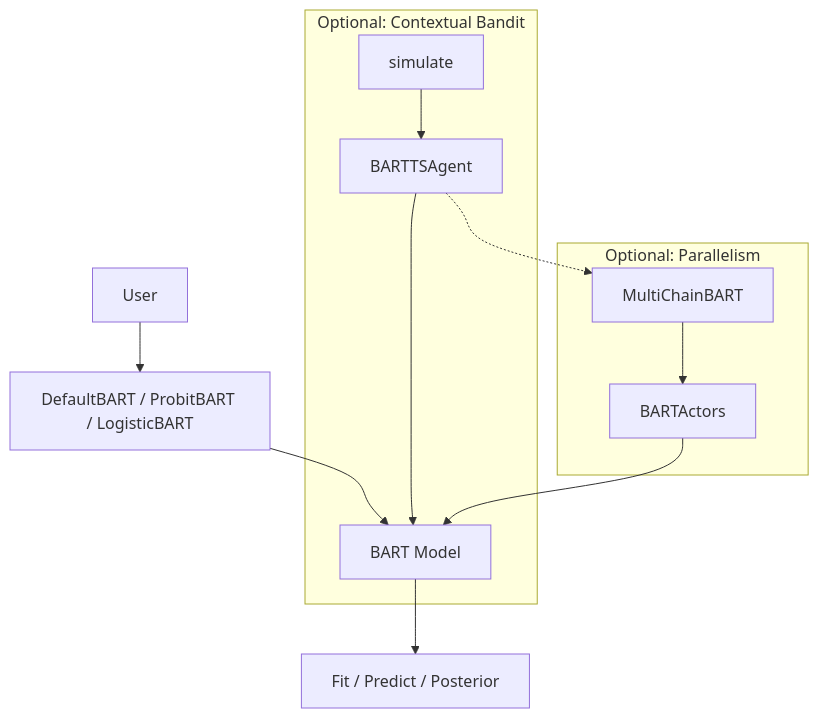
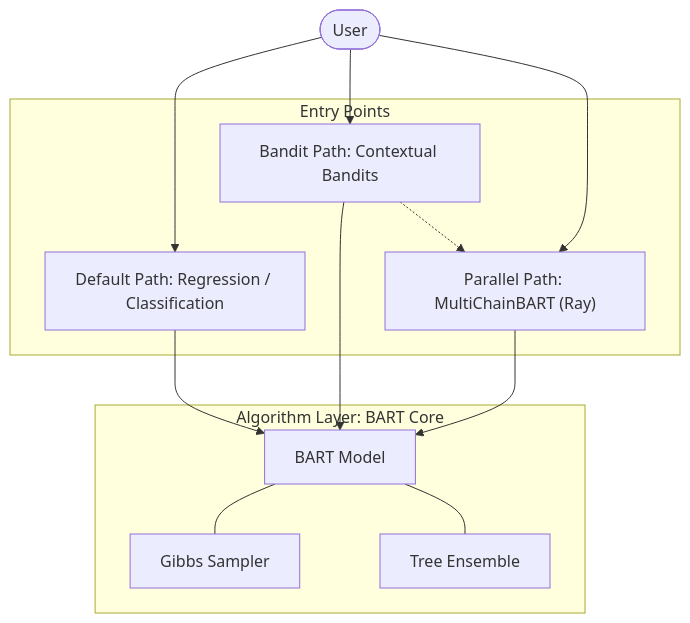
Before and after one commit to yanshuotan/bart-playground: the first of 5 diagrams in README.md, drawn with Mermaid. The commit also changed other lines of this file, not shown here.

````diff
--- a/README.md
+++ b/README.md
@@ -137,18 +139,29 @@
 ```mermaid
 flowchart TD
-    User[User] --> API["DefaultBART / ProbitBART / LogisticBART"]
-    API --> BARTCore[BART Model]
-    BARTCore --> Use["Fit / Predict / Posterior"]
-
-    subgraph OptBandit [Optional: Contextual Bandit]
-        Sim[simulate] --> Agent[BARTTSAgent]
-        Agent --> BARTCore
+    User([User])
+    
+    subgraph Entries [Entry Points]
+        API["Default Path: Regression / Classification"]
+        Bandit["Bandit Path: Contextual Bandits"]
+        Multi["Parallel Path: MultiChainBART (Ray)"]
     end
 
-    subgraph OptRay [Optional: Parallelism]
-        MC[MultiChainBART] --> Actors[BARTActors]
-        Actors --> BARTCore
+    User --> API
+    User --> Bandit
+    User --> Multi
+
+    subgraph BARTLayer [Algorithm Layer: BART Core]
+        BARTCore[BART Model]
+        Gibbs[Gibbs Sampler]
+        Trees[Tree Ensemble]
+        BARTCore --- Gibbs
+        BARTCore --- Trees
     end
+
+    API --> BARTCore
+    Bandit --> BARTCore
+    Multi --> BARTCore
     
-    Agent -.-> MC
+    %% Optional dependency link
+    Bandit -.-> Multi
 ```
````
